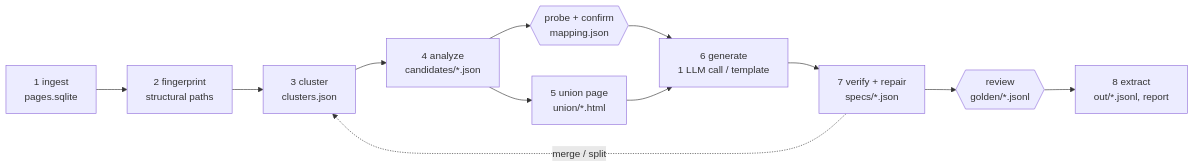
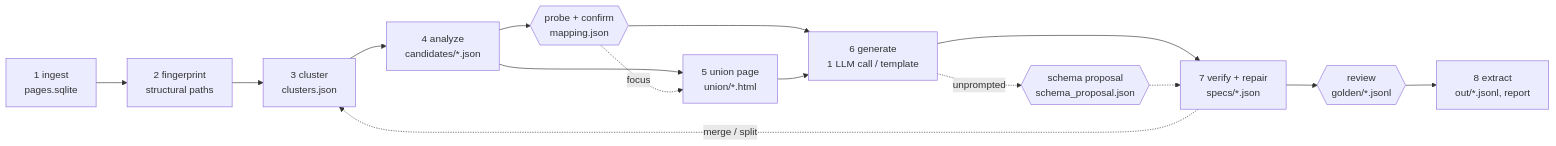
The diagram in docs/how-it-works.md (luaygz/ditto), drawn with Mermaid before and after one commit. The commit also changed other lines of this file and 25 other files, not shown here.

Commit message:
release docs: like-for-like baseline rows, headline chart, reproduce and limitations sections, CHANGELOG to 1.0.0, BUILD_REPORT draft, docs checked against the code

````diff
--- a/docs/how-it-works.md
+++ b/docs/how-it-works.md
@@ -9,14 +9,17 @@
 ```mermaid
 flowchart LR
     A[1 ingest<br/>pages.sqlite] --> B[2 fingerprint<br/>structural paths]
     B --> C[3 cluster<br/>clusters.json]
     C --> D[4 analyze<br/>candidates/*.json]
     D --> E[5 union page<br/>union/*.html]
     D --> P{{probe + confirm<br/>mapping.json}}
     P --> F
+    P -. focus .-> E
     E --> F[6 generate<br/>1 LLM call / template]
     F --> G[7 verify + repair<br/>specs/*.json]
+    F -. unprompted .-> S{{schema proposal<br/>schema_proposal.json}}
+    S -.-> G
     G --> R{{review<br/>golden/*.jsonl}}
     R --> H[8 extract<br/>out/*.jsonl, report]
     G -. merge / split .-> C
 ```
````
